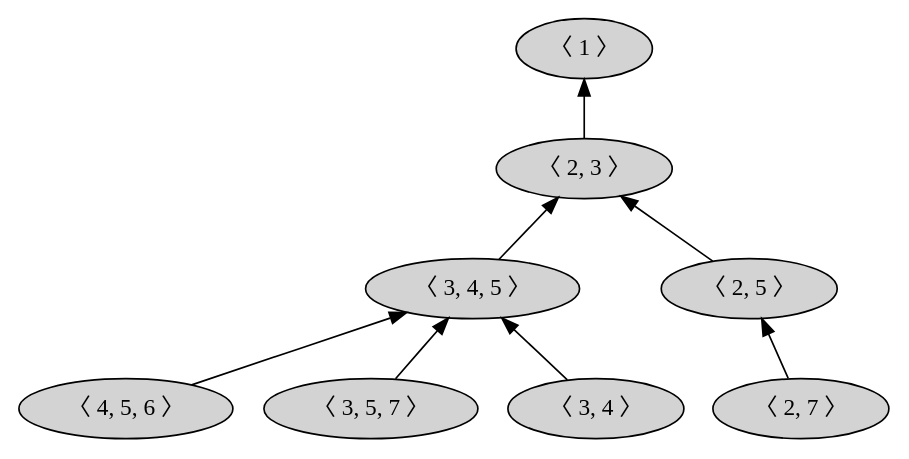
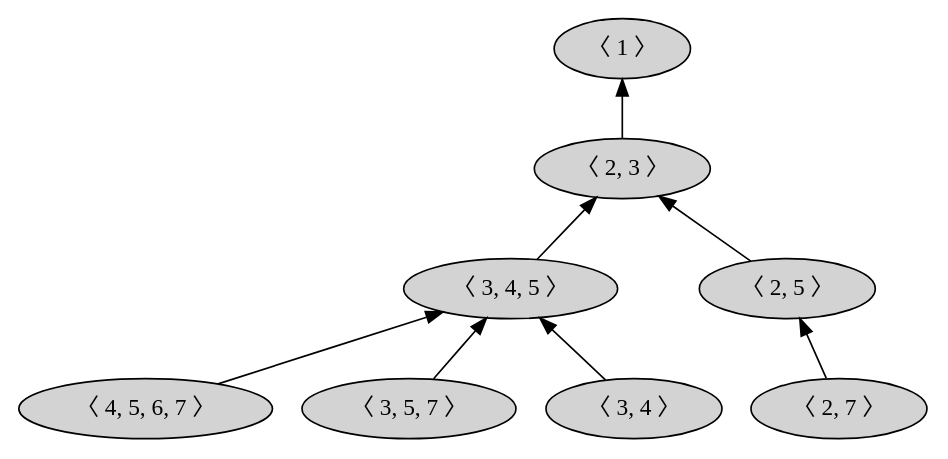
The first of 2 diagrams in Varieties-NS/Directed-graph-all-NS.qmd (numerical-semigroups/wiki), drawn with Graphviz before and after one commit. The commit also changed other lines of this file and 4 other files, not shown here.

````diff
--- a/Varieties-NS/Directed-graph-all-NS.qmd
+++ b/Varieties-NS/Directed-graph-all-NS.qmd
@@ -20,21 +20,21 @@
 ```{dot}
 // | fig-width: 55%
 // | fig-height: 300px
 digraph  NSGraph{rankdir = TB; edge[dir=back];
 1 [label="〈 1 〉", style=filled];
 2 [label="〈 2, 3 〉", style=filled];
 3 [label="〈 3, 4, 5 〉", style=filled];
 4 [label="〈 2, 5 〉", style=filled];
-5 [label="〈 4, 5, 6 〉", style=filled];
+5 [label="〈 4, 5, 6, 7 〉", style=filled];
 6 [label="〈 3, 5, 7 〉", style=filled];
 7 [label="〈 3, 4 〉", style=filled];
 8 [label="〈 2, 7 〉", style=filled];
 1 -> 2;
 2 -> 3;
 2 -> 4;
 3 -> 5;
 3 -> 6;
 3 -> 7;
 4 -> 8;
 }
 ```
````
